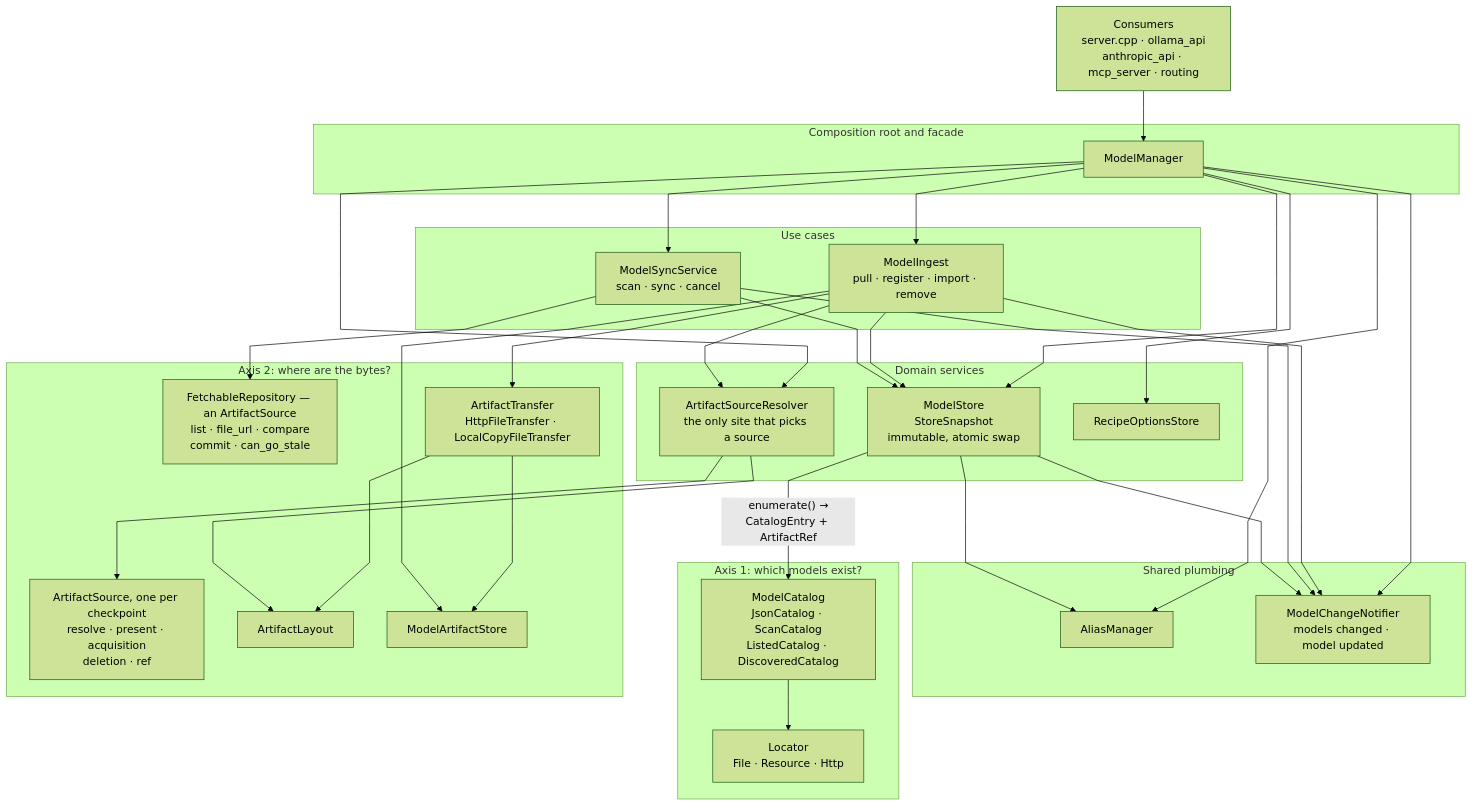
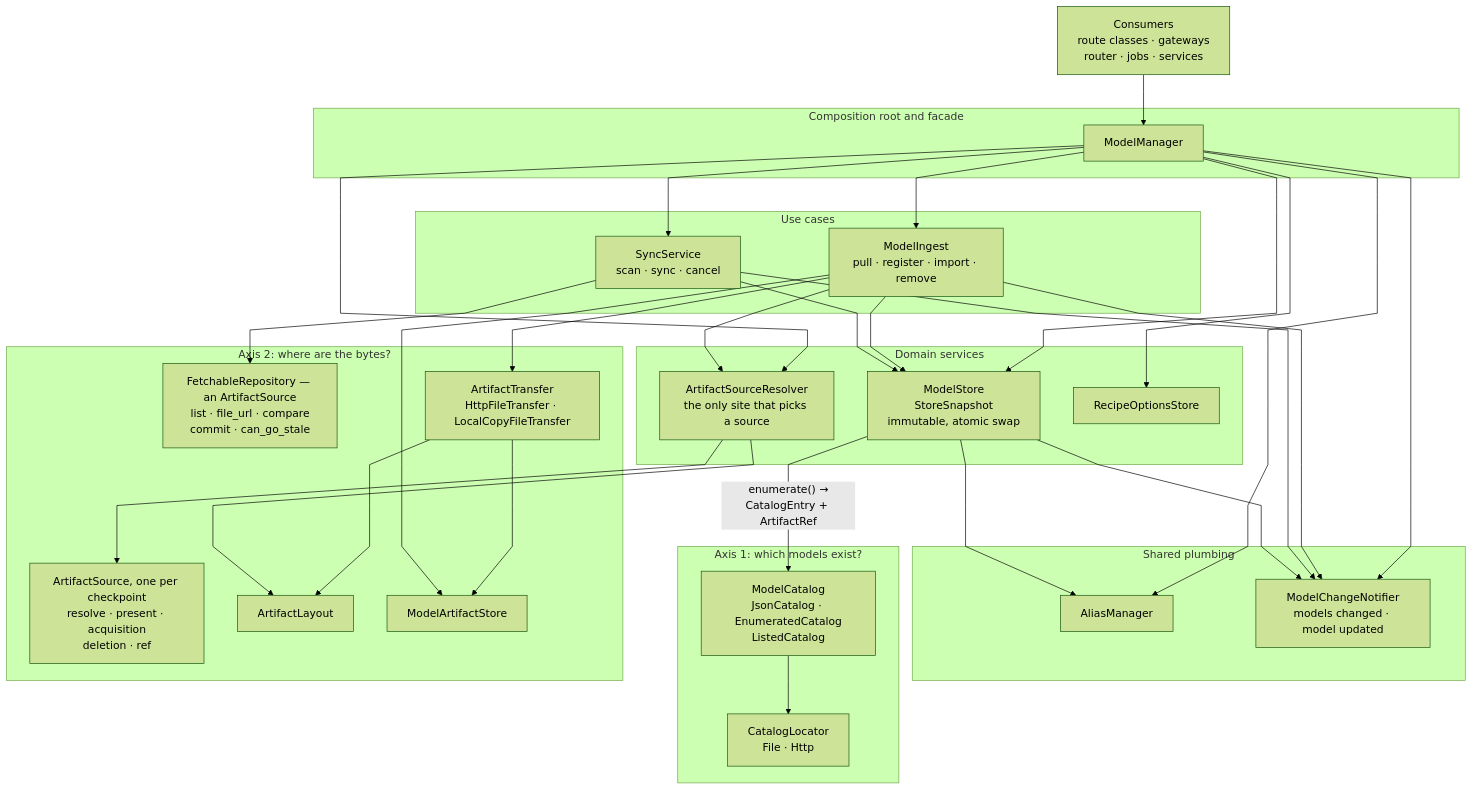
The diagram in docs/dev/specs/model-management.md (lemonade-sdk/lemonade), drawn with Mermaid (forest theme) before and after one commit. The commit also changed other lines of this file and 243 other files, not shown here.

````diff
--- a/docs/dev/specs/model-management.md
+++ b/docs/dev/specs/model-management.md
@@ -72,63 +72,63 @@
 ```mermaid
 %%{init: {"flowchart": {"curve": "linear"}}}%%
 flowchart TD
-  CONS["Consumers<br/>server.cpp · ollama_api<br/>anthropic_api · mcp_server · routing"]
+  CONS["Consumers<br/>route classes · gateways<br/>router · jobs · services"]
 
   subgraph L1["Composition root and facade"]
     FAC["ModelManager"]
   end
 
   subgraph L2["Use cases"]
     ING["ModelIngest<br/>pull · register · import · remove"]
-    SYNC["ModelSyncService<br/>scan · sync · cancel"]
+    SYNC["SyncService<br/>scan · sync · cancel"]
   end
 
   subgraph L3["Domain services"]
     ST["ModelStore<br/>StoreSnapshot<br/>immutable, atomic swap"]
     RES["ArtifactSourceResolver<br/>the only site that picks a source"]
     RO["RecipeOptionsStore"]
   end
 
   subgraph L4["Shared plumbing"]
     ALI["AliasManager"]
     NOT["ModelChangeNotifier<br/>models changed · model updated"]
   end
 
   subgraph A1["Axis 1: which models exist?"]
-    CAT["ModelCatalog<br/>JsonCatalog · ScanCatalog<br/>ListedCatalog · DiscoveredCatalog"]
-    LOC["Locator<br/>File · Resource · Http"]
+    CAT["ModelCatalog<br/>JsonCatalog · EnumeratedCatalog<br/>ListedCatalog"]
+    LOC["CatalogLocator<br/>File · Http"]
     CAT --> LOC
   end
 
   subgraph A2["Axis 2: where are the bytes?"]
     AS["ArtifactSource, one per checkpoint<br/>resolve · present · acquisition<br/>deletion · ref"]
     FR["FetchableRepository — an ArtifactSource<br/>list · file_url · compare<br/>commit · can_go_stale"]
     TE["ArtifactTransfer<br/>HttpFileTransfer · LocalCopyFileTransfer"]
     LA["ArtifactLayout"]
     ART["ModelArtifactStore"]
     TE --> LA
     TE --> ART
   end
 
   CONS --> FAC
   FAC --> ING
   FAC --> SYNC
   FAC --> ST
   FAC --> RES
   FAC --> RO
   FAC --> ALI
   FAC --> NOT
   ING --> ST
   ING --> RES
   ING --> TE
   ING --> ART
   ING --> NOT
   SYNC --> ST
   SYNC --> FR
   SYNC --> NOT
   ST -->|"enumerate() →<br/>CatalogEntry + ArtifactRef"| CAT
   ST --> ALI
   ST --> NOT
   RES --> AS
   RES --> LA
 ```
````
